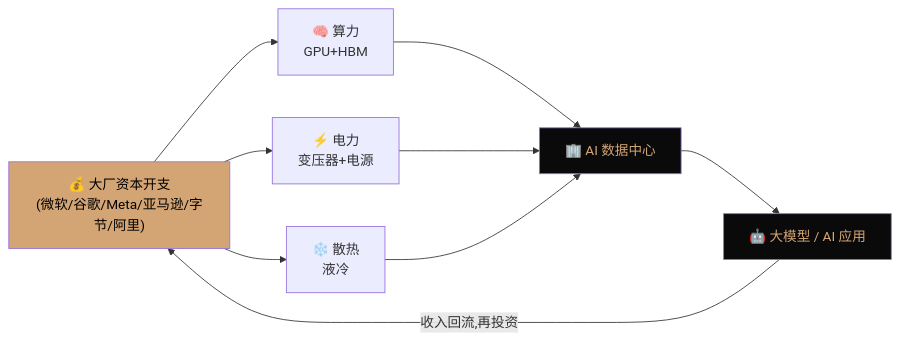
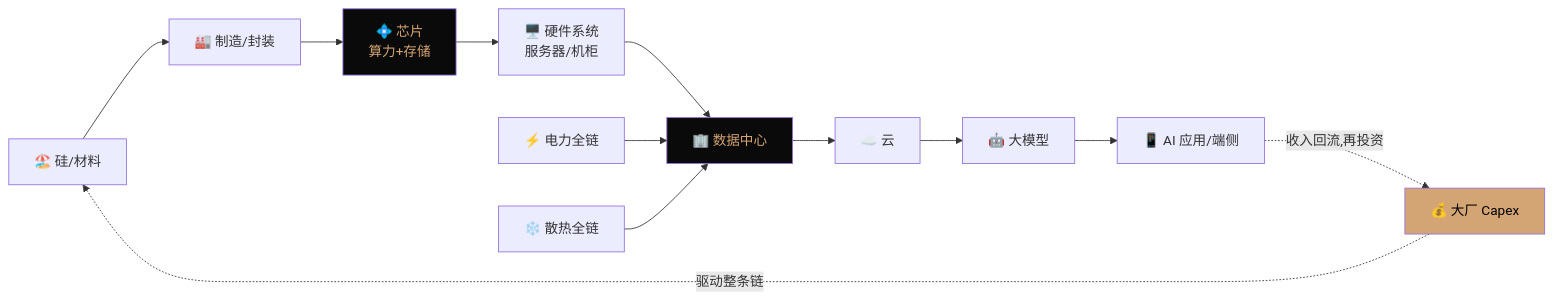
Before and after one commit to zhidaqian/understand-anything: the first of 8 diagrams in docs/ai-supply-chain/README.md, drawn with Mermaid. The commit also changed other lines of this file, not shown here.

````diff
--- a/docs/ai-supply-chain/README.md
+++ b/docs/ai-supply-chain/README.md
@@ -35,15 +39,15 @@
 ```mermaid
 flowchart LR
-    Money["💰 大厂资本开支<br/>(微软/谷歌/Meta/亚马逊/字节/阿里)"] --> Compute["🧠 算力<br/>GPU+HBM"]
-    Money --> Power["⚡ 电力<br/>变压器+电源"]
-    Money --> Cool["❄️ 散热<br/>液冷"]
-    Compute --> DC["🏢 AI 数据中心"]
-    Power --> DC
-    Cool --> DC
-    DC --> AI["🤖 大模型 / AI 应用"]
-    AI -->|收入回流,再投资| Money
+    Sand["🏖️ 硅/材料"] --> Fab["🏭 制造/封装"] --> Chip["💠 芯片<br/>算力+存储"]
+    Chip --> Sys["🖥️ 硬件系统<br/>服务器/机柜"]
+    Sys --> DC["🏢 数据中心"]
+    Power["⚡ 电力全链"] --> DC
+    Cool["❄️ 散热全链"] --> DC
+    DC --> Cloud["☁️ 云"] --> Model["🤖 大模型"] --> App["📱 AI 应用/端侧"]
+    App -.收入回流,再投资.-> Capex["💰 大厂 Capex"]
+    Capex -.驱动整条链.-> Sand
 
-    style Money fill:#d4a574,color:#000
+    style Capex fill:#d4a574,color:#000
     style DC fill:#0a0a0a,color:#d4a574
-    style AI fill:#0a0a0a,color:#d4a574
+    style Chip fill:#0a0a0a,color:#d4a574
 ```
````
